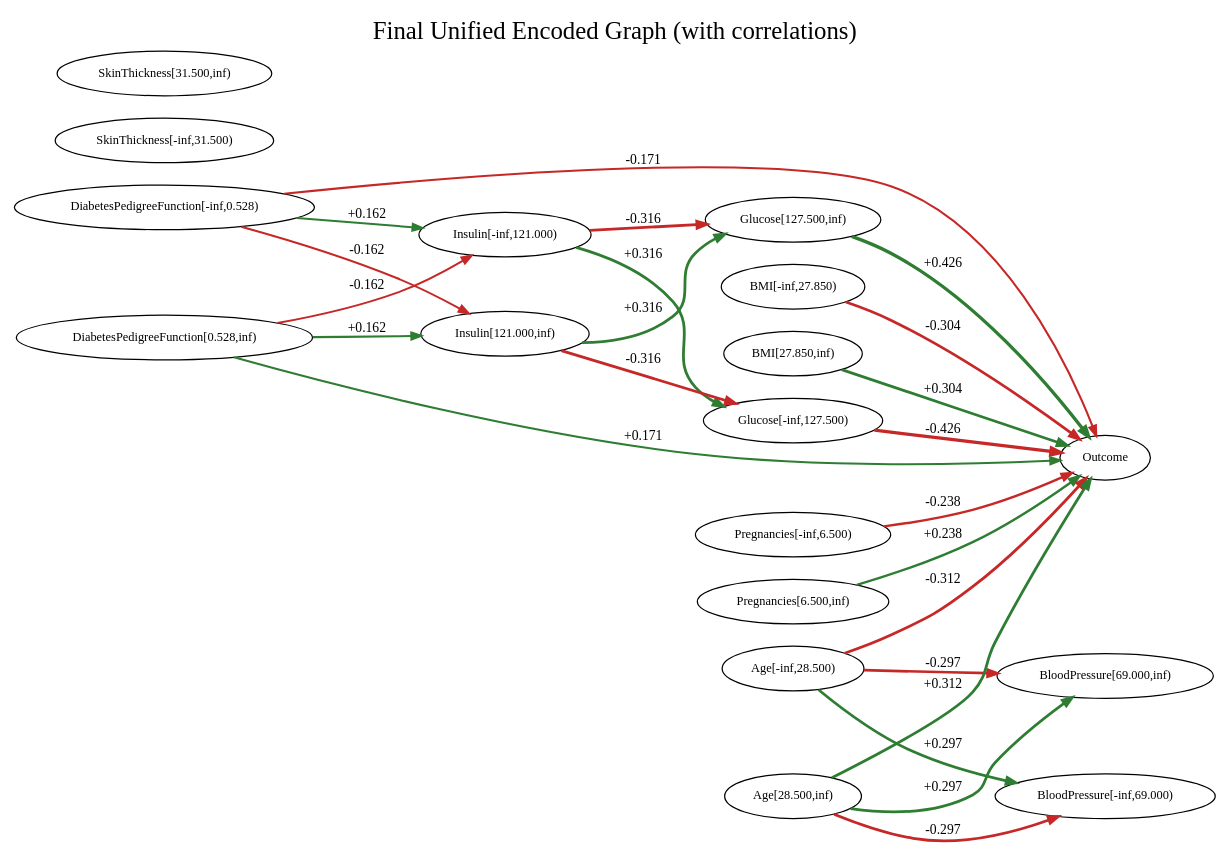
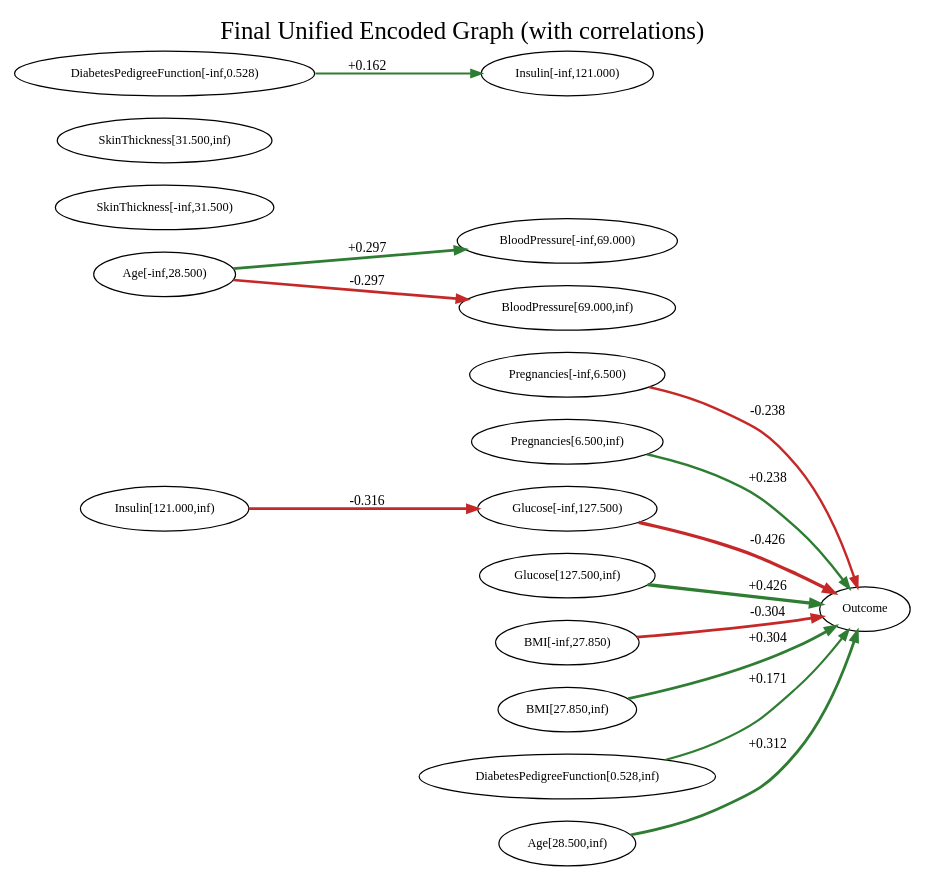
Before and after one commit to AKANEMO22/MedTCAX-Causal-Argumentative-Explainability: the diagram in causal_argumentation-main/outputs_diabetes/fci_experiment/final_unified_fci_weighted.dot, drawn with Graphviz. The commit also changed 30 other files, not shown here.

```diff
--- a/causal_argumentation-main/outputs_diabetes/fci_experiment/final_unified_fci_weighted.dot
+++ b/causal_argumentation-main/outputs_diabetes/fci_experiment/final_unified_fci_weighted.dot
@@ -1,45 +1,35 @@
 digraph G {
 rankdir=LR;
 label="Final Unified Encoded Graph (with correlations)";
 labelloc=t;
 fontsize=20;
 "Pregnancies[-inf,6.500)" [shape=ellipse, fontsize=10];
 "Pregnancies[6.500,inf)" [shape=ellipse, fontsize=10];
 "Glucose[-inf,127.500)" [shape=ellipse, fontsize=10];
 "Glucose[127.500,inf)" [shape=ellipse, fontsize=10];
 "BloodPressure[-inf,69.000)" [shape=ellipse, fontsize=10];
 "BloodPressure[69.000,inf)" [shape=ellipse, fontsize=10];
 "SkinThickness[-inf,31.500)" [shape=ellipse, fontsize=10];
 "SkinThickness[31.500,inf)" [shape=ellipse, fontsize=10];
 "Insulin[-inf,121.000)" [shape=ellipse, fontsize=10];
 "Insulin[121.000,inf)" [shape=ellipse, fontsize=10];
 "BMI[-inf,27.850)" [shape=ellipse, fontsize=10];
 "BMI[27.850,inf)" [shape=ellipse, fontsize=10];
 "DiabetesPedigreeFunction[-inf,0.528)" [shape=ellipse, fontsize=10];
 "DiabetesPedigreeFunction[0.528,inf)" [shape=ellipse, fontsize=10];
 "Age[-inf,28.500)" [shape=ellipse, fontsize=10];
 "Age[28.500,inf)" [shape=ellipse, fontsize=10];
 Outcome [shape=ellipse, fontsize=10];
 "Pregnancies[-inf,6.500)" -> Outcome [arrowsize=0.8, label=" -0.238 ", fontsize=11, color="#c62828", penwidth=1.9502296895425415];
 "Pregnancies[6.500,inf)" -> Outcome [arrowsize=0.8, label=" +0.238 ", fontsize=11, color="#2e7d32", penwidth=1.9502296895425415];
 "Glucose[-inf,127.500)" -> Outcome [arrowsize=0.8, label=" -0.426 ", fontsize=11, color="#c62828", penwidth=2.704437847250545];
 "Glucose[127.500,inf)" -> Outcome [arrowsize=0.8, label=" +0.426 ", fontsize=11, color="#2e7d32", penwidth=2.704437847250544];
-"Insulin[-inf,121.000)" -> "Glucose[-inf,127.500)" [arrowsize=0.8, label=" +0.316 ", fontsize=11, color="#2e7d32", penwidth=2.2645299600487085];
-"Insulin[-inf,121.000)" -> "Glucose[127.500,inf)" [arrowsize=0.8, label=" -0.316 ", fontsize=11, color="#c62828", penwidth=2.264529960048709];
 "Insulin[121.000,inf)" -> "Glucose[-inf,127.500)" [arrowsize=0.8, label=" -0.316 ", fontsize=11, color="#c62828", penwidth=2.2645299600487094];
-"Insulin[121.000,inf)" -> "Glucose[127.500,inf)" [arrowsize=0.8, label=" +0.316 ", fontsize=11, color="#2e7d32", penwidth=2.2645299600487085];
 "BMI[-inf,27.850)" -> Outcome [arrowsize=0.8, label=" -0.304 ", fontsize=11, color="#c62828", penwidth=2.2165180354858696];
 "BMI[27.850,inf)" -> Outcome [arrowsize=0.8, label=" +0.304 ", fontsize=11, color="#2e7d32", penwidth=2.2165180354858696];
 "DiabetesPedigreeFunction[-inf,0.528)" -> "Insulin[-inf,121.000)" [arrowsize=0.8, label=" +0.162 ", fontsize=11, color="#2e7d32", penwidth=1.6475191296291674];
-"DiabetesPedigreeFunction[-inf,0.528)" -> "Insulin[121.000,inf)" [arrowsize=0.8, label=" -0.162 ", fontsize=11, color="#c62828", penwidth=1.6475191296291674];
-"DiabetesPedigreeFunction[-inf,0.528)" -> Outcome [arrowsize=0.8, label=" -0.171 ", fontsize=11, color="#c62828", penwidth=1.6846081083416187];
-"DiabetesPedigreeFunction[0.528,inf)" -> "Insulin[-inf,121.000)" [arrowsize=0.8, label=" -0.162 ", fontsize=11, color="#c62828", penwidth=1.6475191296291671];
-"DiabetesPedigreeFunction[0.528,inf)" -> "Insulin[121.000,inf)" [arrowsize=0.8, label=" +0.162 ", fontsize=11, color="#2e7d32", penwidth=1.647519129629167];
 "DiabetesPedigreeFunction[0.528,inf)" -> Outcome [arrowsize=0.8, label=" +0.171 ", fontsize=11, color="#2e7d32", penwidth=1.6846081083416191];
-"Age[-inf,28.500)" -> Outcome [arrowsize=0.8, label=" -0.312 ", fontsize=11, color="#c62828", penwidth=2.248400766622191];
+"Age[-inf,28.500)" -> "BloodPressure[69.000,inf)" [arrowsize=0.8, label=" -0.297 ", fontsize=11, color="#c62828", penwidth=2.1862795321557043];
 "Age[-inf,28.500)" -> "BloodPressure[-inf,69.000)" [arrowsize=0.8, label=" +0.297 ", fontsize=11, color="#2e7d32", penwidth=2.1862795321557034];
-"Age[-inf,28.500)" -> "BloodPressure[69.000,inf)" [arrowsize=0.8, label=" -0.297 ", fontsize=11, color="#c62828", penwidth=2.1862795321557043];
 "Age[28.500,inf)" -> Outcome [arrowsize=0.8, label=" +0.312 ", fontsize=11, color="#2e7d32", penwidth=2.2484007666221917];
-"Age[28.500,inf)" -> "BloodPressure[-inf,69.000)" [arrowsize=0.8, label=" -0.297 ", fontsize=11, color="#c62828", penwidth=2.186279532155703];
-"Age[28.500,inf)" -> "BloodPressure[69.000,inf)" [arrowsize=0.8, label=" +0.297 ", fontsize=11, color="#2e7d32", penwidth=2.1862795321557025];
 }
```
